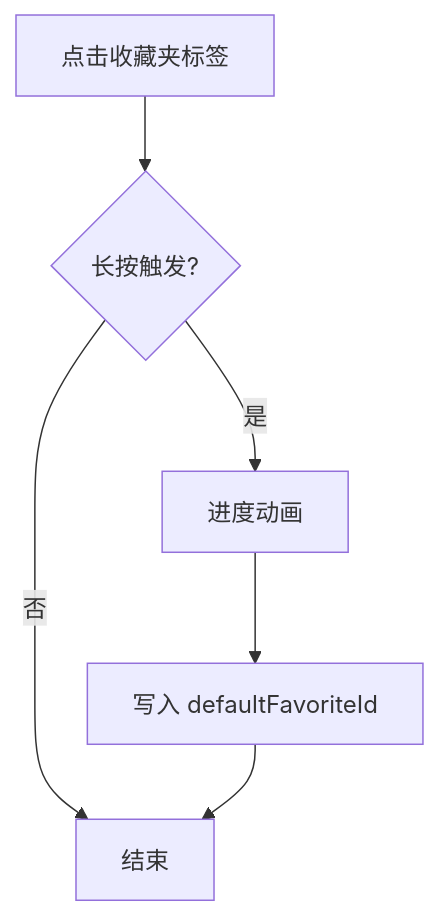
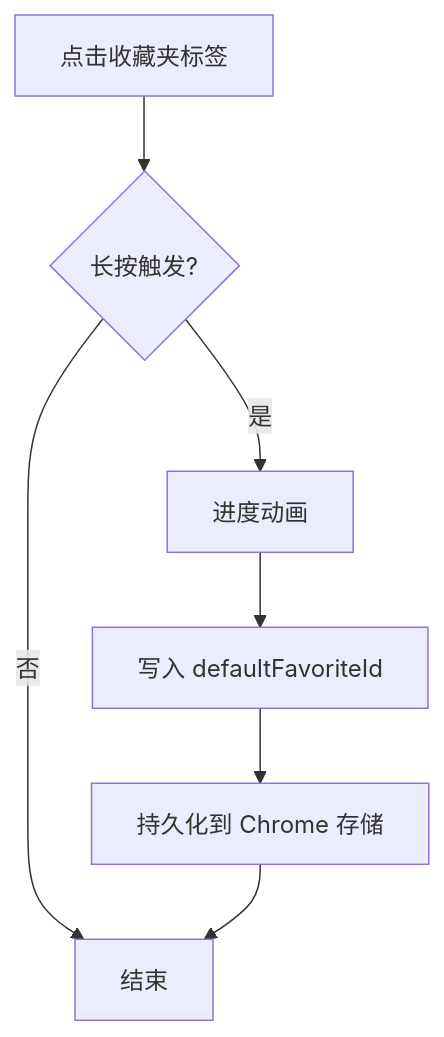
The eighth of 11 diagrams in .qoder/repowiki/zh/content/架构设计/状态管理设计.md (RadiumAg/bilibili-favorites), drawn with Mermaid before and after one commit. The commit also changed other lines of this file and 2 other files, not shown here.

````diff
--- a/.qoder/repowiki/zh/content/架构设计/状态管理设计.md
+++ b/.qoder/repowiki/zh/content/架构设计/状态管理设计.md
@@ -267,8 +323,9 @@
 ```mermaid
 flowchart TD
 Click["点击收藏夹标签"] --> LongPress{"长按触发?"}
 LongPress --> |否| End["结束"]
 LongPress --> |是| Animate["进度动画"]
 Animate --> Save["写入 defaultFavoriteId"]
-Save --> End
+Save --> Persist["持久化到 Chrome 存储"]
+Persist --> End
 ```
````
